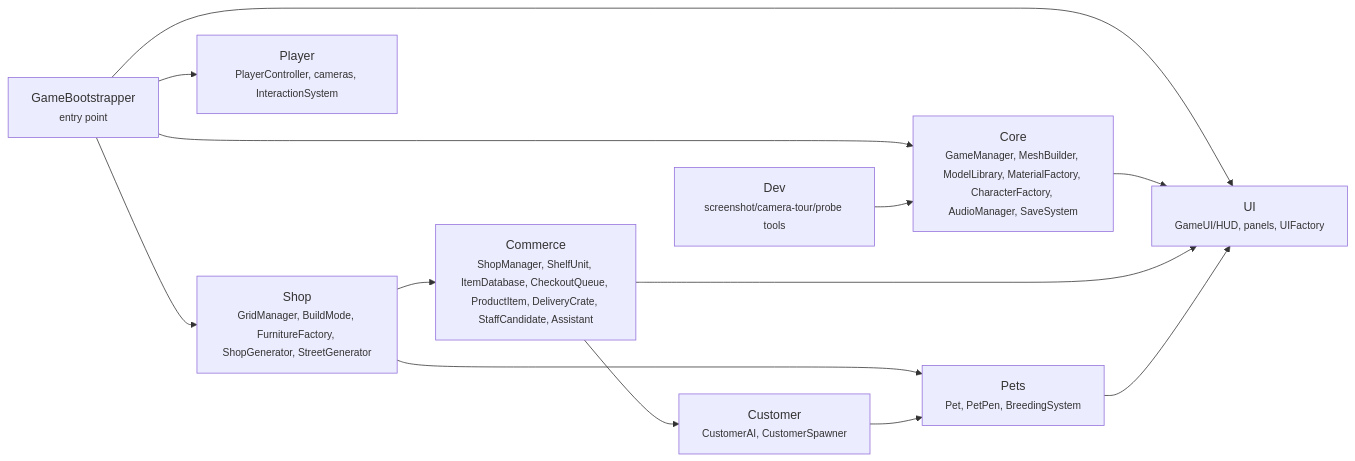
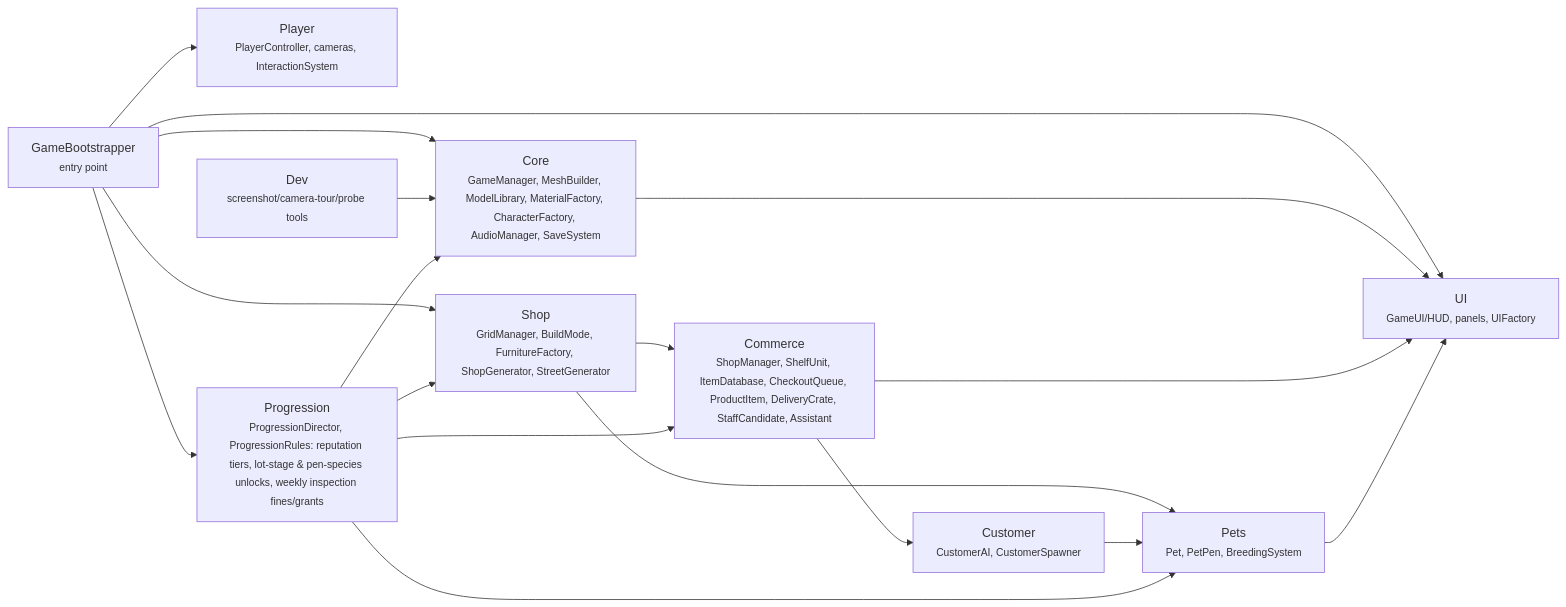
The diagram in docs/architecture/overview.md (Erhearty/PetShopSimulator), drawn with Mermaid before and after one commit. The commit also changed 1 other file, not shown here.

Commit message:
Mid-game progression and events
- milestones-port: Land fb5ea29's reputation milestones and weekly inspector, keeping v2 saves loadable, then add seeded random and seasonal shop events (supplier sale, heatwave, street festival) whose state is saved in the same v3 save.
  - Port fb5ea29 Assets changes (not .forestree)
  - Keep v2 saves loadable (migrate to v3)
- seasonal-events: Land fb5ea29's reputation milestones and weekly inspector, keeping v2 saves loadable, then add seeded random and seasonal shop events (supplier sale, heatwave, street festival) whose state is saved in the same v3 save.
  - Pure ShopEventRules + tests
  - Price / care / footfall hooks
  - ShopEventDirector, day-loop wiring, save fields

Plan-Set: d7fd157c-522f-479f-b89b-4f5577b7416a

````diff
--- a/docs/architecture/overview.md
+++ b/docs/architecture/overview.md
@@ -16,24 +16,30 @@
 ```mermaid
 flowchart LR
     bootstrapper["GameBootstrapper<br/><small>entry point</small>"]
     core["Core<br/><small>GameManager, MeshBuilder, ModelLibrary, MaterialFactory, CharacterFactory, AudioManager, SaveSystem</small>"]
     shop["Shop<br/><small>GridManager, BuildMode, FurnitureFactory, ShopGenerator, StreetGenerator</small>"]
     player["Player<br/><small>PlayerController, cameras, InteractionSystem</small>"]
     customer["Customer<br/><small>CustomerAI, CustomerSpawner</small>"]
     commerce["Commerce<br/><small>ShopManager, ShelfUnit, ItemDatabase, CheckoutQueue, ProductItem, DeliveryCrate, StaffCandidate, Assistant</small>"]
     pets["Pets<br/><small>Pet, PetPen, BreedingSystem</small>"]
     ui["UI<br/><small>GameUI/HUD, panels, UIFactory</small>"]
     dev["Dev<br/><small>screenshot/camera-tour/probe tools</small>"]
+    progression["Progression<br/><small>ProgressionDirector, ProgressionRules: reputation tiers, lot-stage & pen-species unlocks, weekly inspection fines/grants</small>"]
     bootstrapper --> core
     bootstrapper --> shop
     bootstrapper --> player
     bootstrapper --> ui
     core --> ui
     shop --> commerce
     shop --> pets
     commerce --> customer
     customer --> pets
     commerce --> ui
     pets --> ui
     dev --> core
+    bootstrapper --> progression
+    progression --> core
+    progression --> shop
+    progression --> commerce
+    progression --> pets
 ```
````
